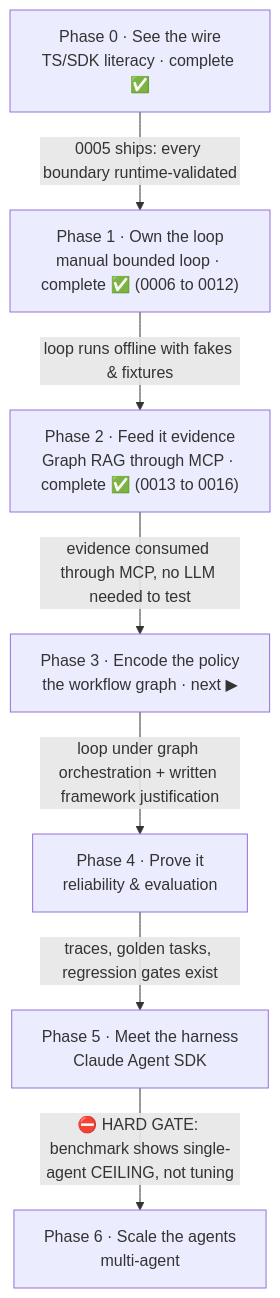
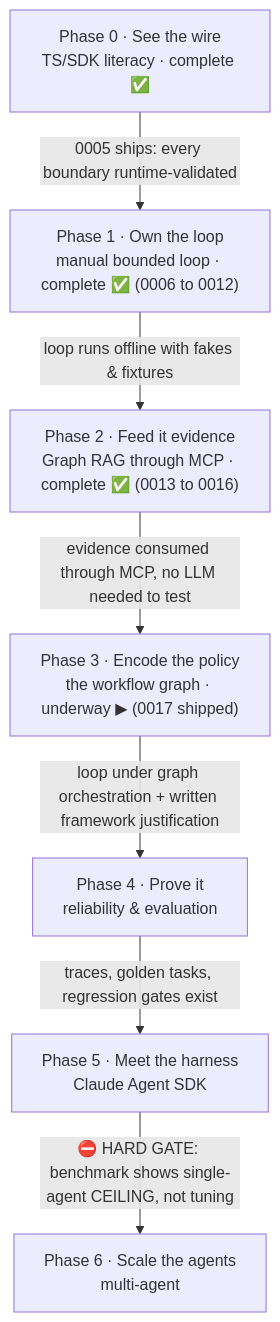
The first of 6 diagrams in wiki/course/course-module-graph.md (JozsefKiss90/TS), drawn with Mermaid before and after one commit. The commit also changed other lines of this file and 22 other files, not shown here.

First line of the commit message:
Ship lesson 0017 - Thinking in State Graphs; lab 12-workflow-graph; Phase 3 opens

````diff
--- a/wiki/course/course-module-graph.md
+++ b/wiki/course/course-module-graph.md
@@ -17,16 +17,16 @@
 ```mermaid
 flowchart TD
     P0["Phase 0 · See the wire<br/>TS/SDK literacy · complete ✅"]
     P1["Phase 1 · Own the loop<br/>manual bounded loop · complete ✅ (0006 to 0012)"]
     P2["Phase 2 · Feed it evidence<br/>Graph RAG through MCP · complete ✅ (0013 to 0016)"]
-    P3["Phase 3 · Encode the policy<br/>the workflow graph · next ▶"]
+    P3["Phase 3 · Encode the policy<br/>the workflow graph · underway ▶ (0017 shipped)"]
     P4["Phase 4 · Prove it<br/>reliability & evaluation"]
     P5["Phase 5 · Meet the harness<br/>Claude Agent SDK"]
     P6["Phase 6 · Scale the agents<br/>multi-agent"]
     P0 -->|"0005 ships: every boundary runtime-validated"| P1
     P1 -->|"loop runs offline with fakes & fixtures"| P2
     P2 -->|"evidence consumed through MCP, no LLM needed to test"| P3
     P3 -->|"loop under graph orchestration + written framework justification"| P4
     P4 -->|"traces, golden tasks, regression gates exist"| P5
     P5 -->|"⛔ HARD GATE: benchmark shows single-agent CEILING, not tuning"| P6
 ```
````
